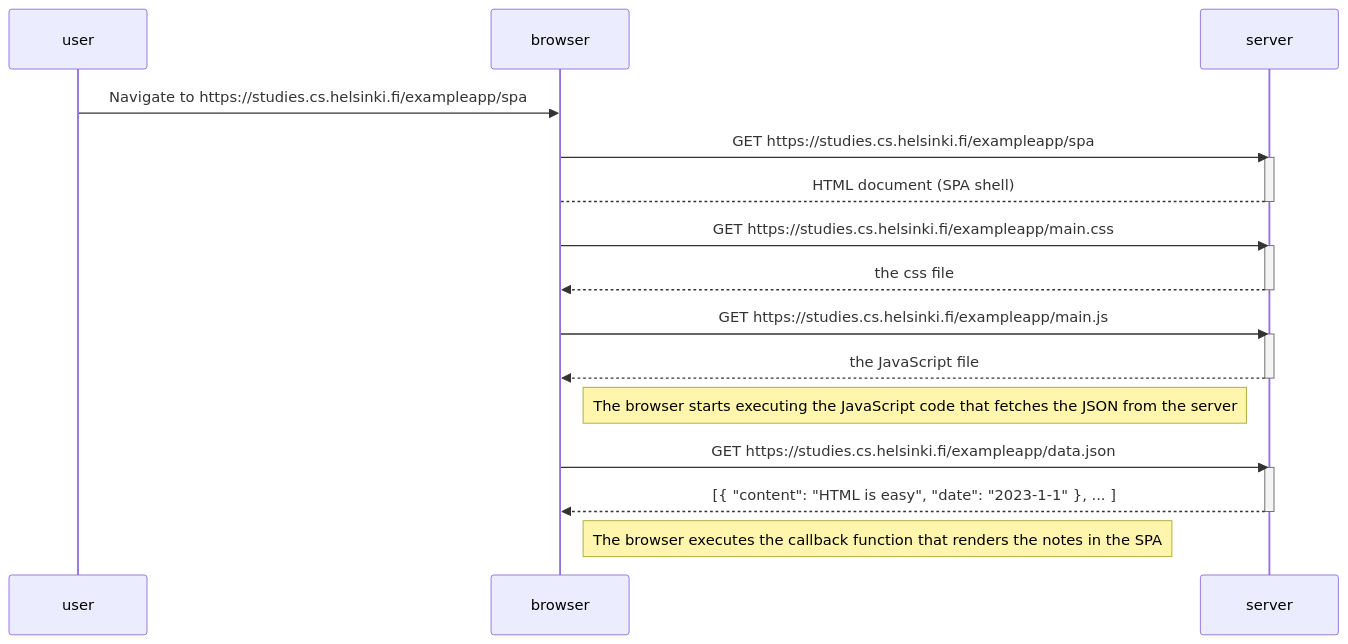
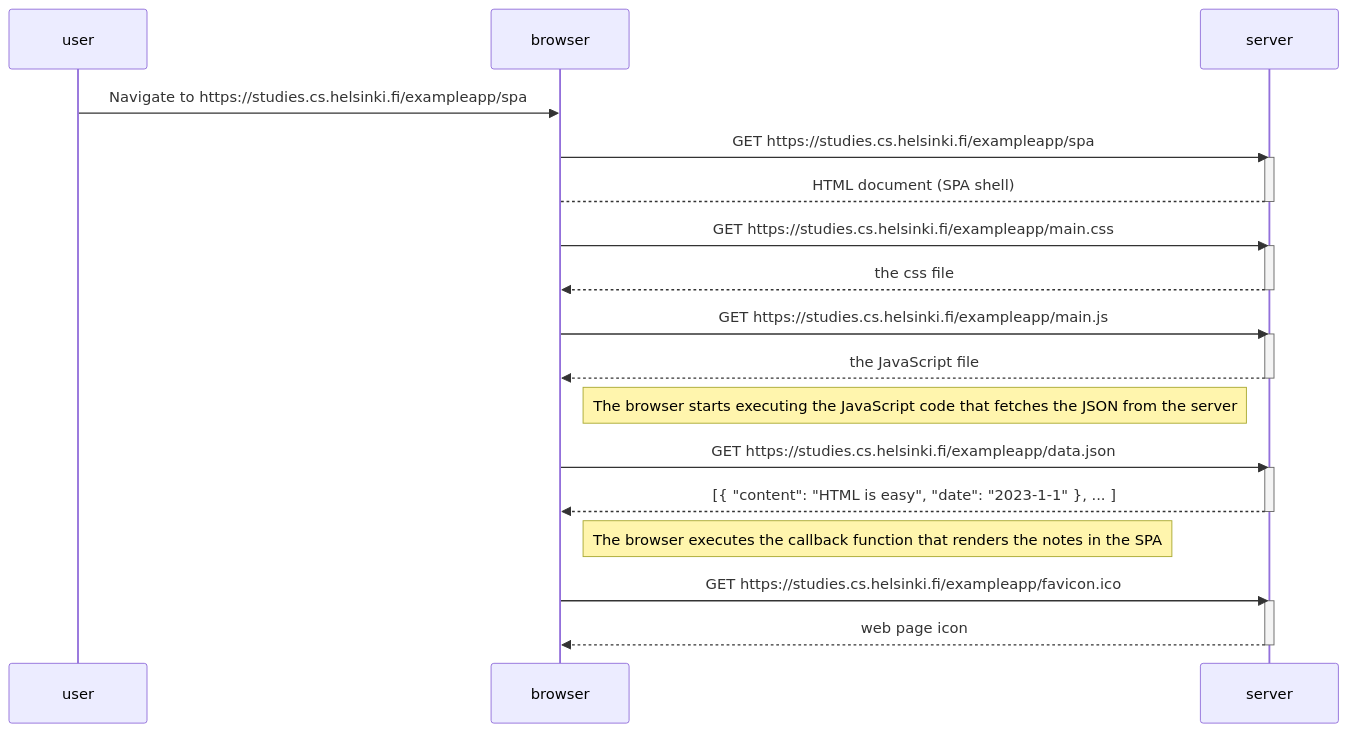
The diagram in Part0/05.md (LukaszZubek/fullstackopen-Zubek-4b), drawn with Mermaid before and after one commit. The commit also changed 5 other files, not shown here.

````diff
--- a/Part0/05.md
+++ b/Part0/05.md
@@ -1,32 +1,37 @@
 ```mermaid
     sequenceDiagram
     participant user
     participant browser
     participant server
 
     user->>browser: Navigate to https://studies.cs.helsinki.fi/exampleapp/spa
     
     browser->>server: GET https://studies.cs.helsinki.fi/exampleapp/spa
     activate server
     server-->browser: HTML document (SPA shell)
     deactivate server
 
     browser->>server: GET https://studies.cs.helsinki.fi/exampleapp/main.css
     activate server
     server-->>browser: the css file
     deactivate server
 
     browser->>server: GET https://studies.cs.helsinki.fi/exampleapp/main.js
     activate server
     server-->>browser: the JavaScript file
     deactivate server
 
     Note right of browser: The browser starts executing the JavaScript code that fetches the JSON from the server
 
     browser->>server: GET https://studies.cs.helsinki.fi/exampleapp/data.json
     activate server
     server-->>browser: [{ "content": "HTML is easy", "date": "2023-1-1" }, ... ]
     deactivate server
 
     Note right of browser: The browser executes the callback function that renders the notes in the SPA
+    
+    browser->>server: GET https://studies.cs.helsinki.fi/exampleapp/favicon.ico
+    activate server
+    server-->>browser: web page icon
+    deactivate server
 ```
````
